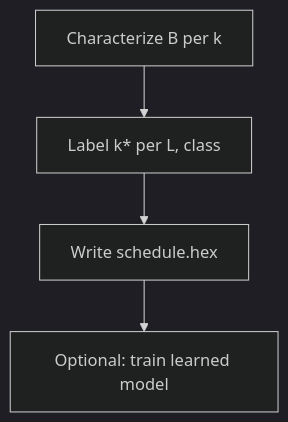
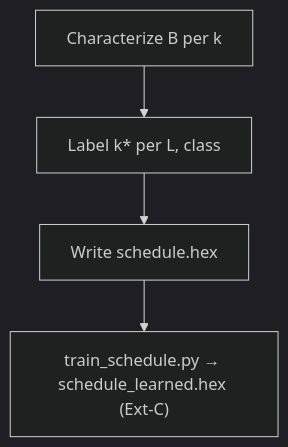
Before and after one commit to EeshanaHari9/Latency-Bounded-Scheduling-For-Iterative-Approximate-Pipeline: the seventh of 7 diagrams in docs/01_PROJECT_WALKTHROUGH_STEP_BY_STEP.md, drawn with Mermaid (dark theme). The commit also changed other lines of this file and 5 other files, not shown here.

````diff
--- a/docs/01_PROJECT_WALKTHROUGH_STEP_BY_STEP.md
+++ b/docs/01_PROJECT_WALKTHROUGH_STEP_BY_STEP.md
@@ -333,6 +347,6 @@
 ```mermaid
 flowchart TD
   S0["Characterize B per k"] --> S1["Label k* per L, class"]
   S1 --> S2["Write schedule.hex"]
-  S2 --> S3["Optional: train learned model"]
+  S2 --> S3["train_schedule.py → schedule_learned.hex (Ext-C)"]
 ```
````
